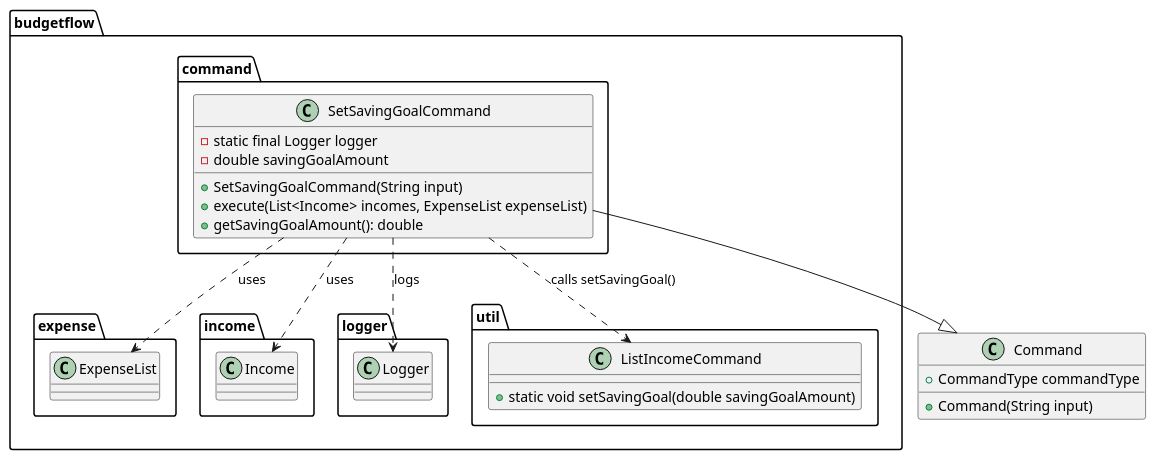
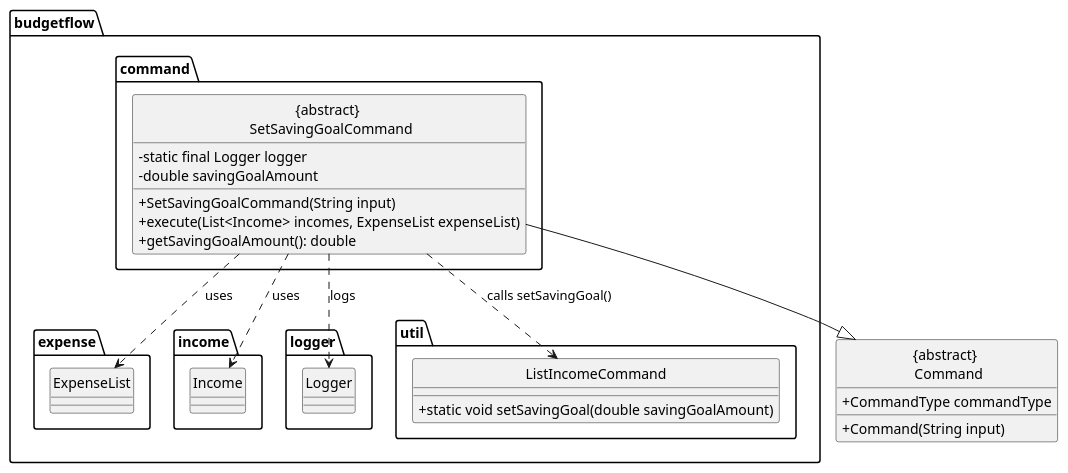
The diagram in docs/diagrams/setsavinggoal_command_class.puml (thienkimtranhoang/tp), drawn with PlantUML before and after one commit. The commit also changed 3 other files, not shown here.

```diff
--- a/docs/diagrams/setsavinggoal_command_class.puml
+++ b/docs/diagrams/setsavinggoal_command_class.puml
@@ -1,42 +1,46 @@
 @startuml
+
+hide circle
+skinparam classAttributeIconSize 0
+
 package budgetflow.command {
 
-    class SetSavingGoalCommand {
+    class "{abstract} \n SetSavingGoalCommand" {
         - static final Logger logger
         - double savingGoalAmount
         + SetSavingGoalCommand(String input)
         + execute(List<Income> incomes, ExpenseList expenseList)
         + getSavingGoalAmount(): double
     }
 }
 
 package budgetflow.expense {
     class ExpenseList
 }
 
 package budgetflow.income {
     class Income
 }
 
 package budgetflow.logger {
     class Logger
 }
 
 package budgetflow.util {
     class ListIncomeCommand {
         + static void setSavingGoal(double savingGoalAmount)
     }
 }
 
-class Command {
+class "{abstract} \n Command" {
     + Command(String input)
     + CommandType commandType
 }
 
-SetSavingGoalCommand --|> Command
-SetSavingGoalCommand ..> Income : uses
-SetSavingGoalCommand ..> ExpenseList : uses
-SetSavingGoalCommand ..> Logger : logs
-SetSavingGoalCommand ..> ListIncomeCommand : calls setSavingGoal()
+"{abstract} \n SetSavingGoalCommand" --|> "{abstract} \n Command"
+"{abstract} \n SetSavingGoalCommand" ..> Income : uses
+"{abstract} \n SetSavingGoalCommand" ..> ExpenseList : uses
+"{abstract} \n SetSavingGoalCommand" ..> Logger : logs
+"{abstract} \n SetSavingGoalCommand" ..> ListIncomeCommand : calls setSavingGoal()
 
 @enduml
```
